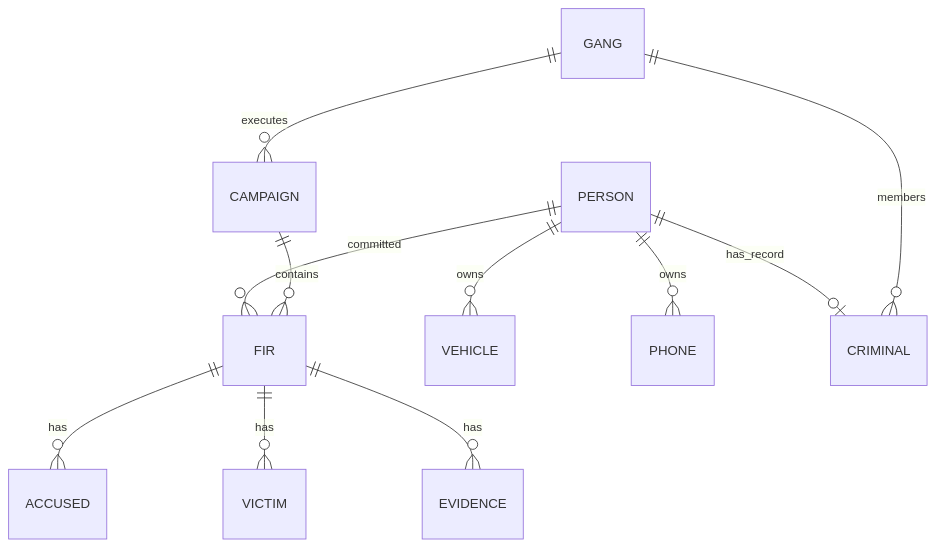
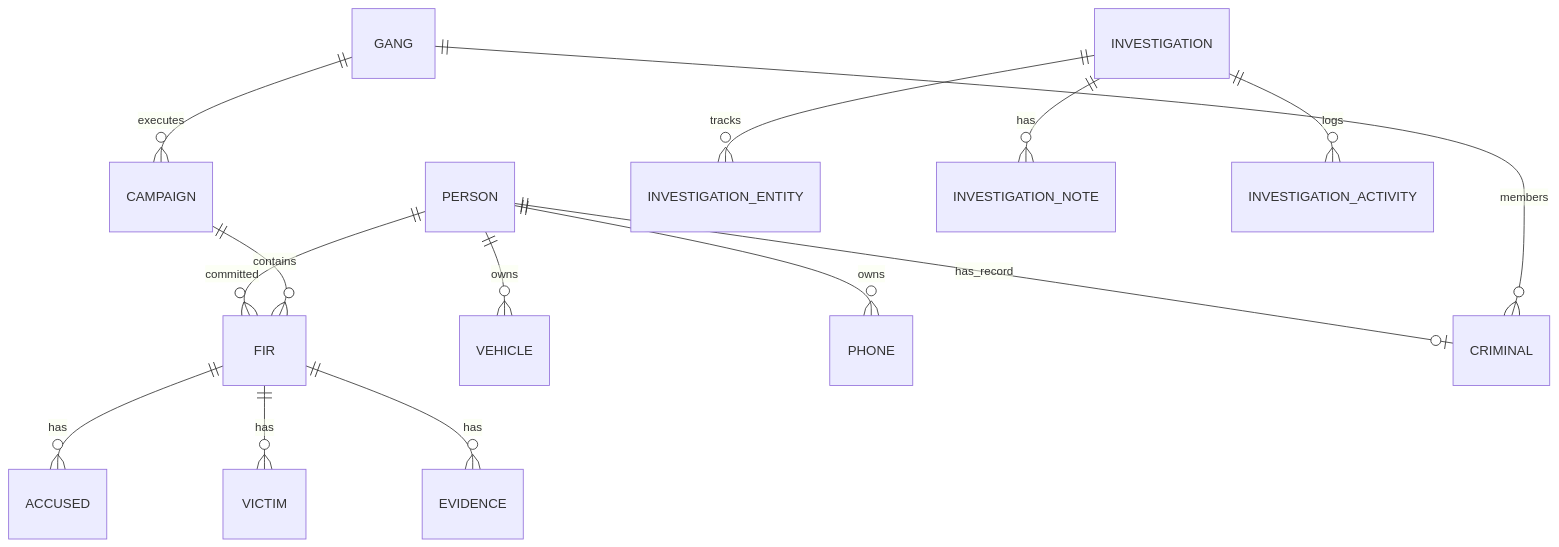
The second of 3 diagrams in docs/ARCHITECTURE.md (redwolf261/nexus), drawn with Mermaid before and after one commit. The commit also changed 134 other files, not shown here.

````diff
--- a/docs/ARCHITECTURE.md
+++ b/docs/ARCHITECTURE.md
@@ -38,15 +38,19 @@
 ```mermaid
 erDiagram
     PERSON ||--o{ FIR : "committed"
     PERSON ||--o{ VEHICLE : "owns"
     PERSON ||--o{ PHONE : "owns"
     PERSON ||--o| CRIMINAL : "has_record"
     
     FIR ||--o{ ACCUSED : "has"
     FIR ||--o{ VICTIM : "has"
     FIR ||--o{ EVIDENCE : "has"
     
     GANG ||--o{ CRIMINAL : "members"
     GANG ||--o{ CAMPAIGN : "executes"
     CAMPAIGN ||--o{ FIR : "contains"
+    
+    INVESTIGATION ||--o{ INVESTIGATION_ENTITY : "tracks"
+    INVESTIGATION ||--o{ INVESTIGATION_NOTE : "has"
+    INVESTIGATION ||--o{ INVESTIGATION_ACTIVITY : "logs"
 ```
````
